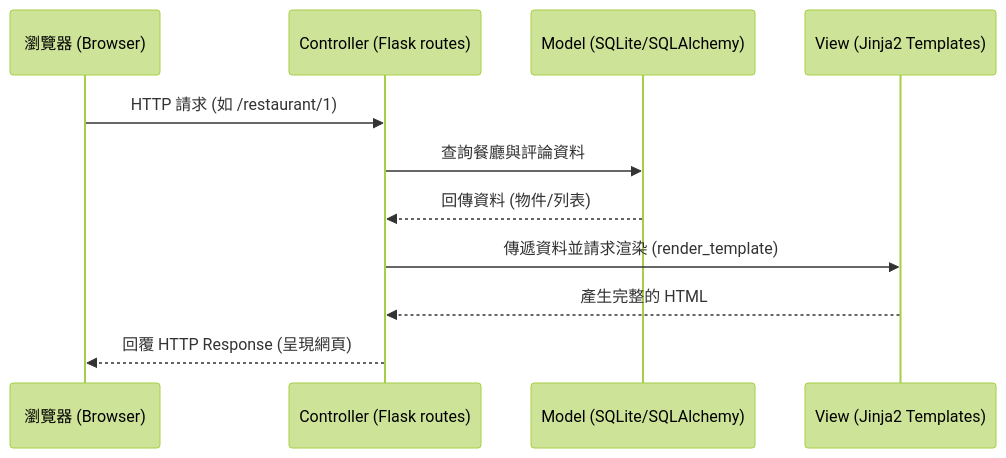
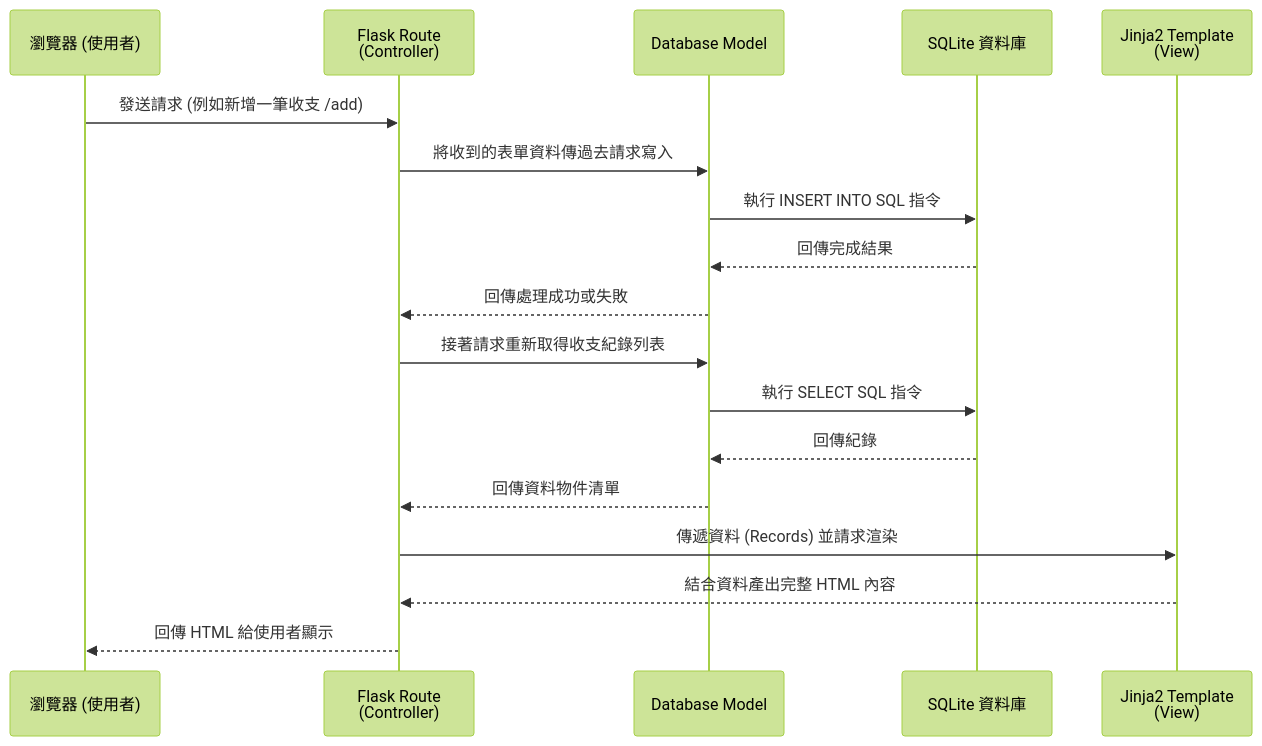
One commit to fcu1483850-gif/web_app_development changed the diagram in docs/ARCHITECTURE.md. Above: the diagram before and after it, drawn with Mermaid (forest theme). The commit also changed other lines of this file, not shown here.

Commit message:
docs: add system architecture

````diff
--- a/docs/ARCHITECTURE.md
+++ b/docs/ARCHITECTURE.md
@@ -59,14 +52,21 @@
 ```mermaid
 sequenceDiagram
-    participant B as 瀏覽器 (Browser)
-    participant C as Controller (Flask routes)
-    participant M as Model (SQLite/SQLAlchemy)
-    participant V as View (Jinja2 Templates)
+    participant Browser as 瀏覽器 (使用者)
+    participant Route as Flask Route<br>(Controller)
+    participant Model as Database Model
+    participant DB as SQLite 資料庫
+    participant Template as Jinja2 Template<br>(View)
 
-    B->>C: HTTP 請求 (如 /restaurant/1)
-    C->>M: 查詢餐廳與評論資料
-    M-->>C: 回傳資料 (物件/列表)
-    C->>V: 傳遞資料並請求渲染 (render_template)
-    V-->>C: 產生完整的 HTML
-    C-->>B: 回覆 HTTP Response (呈現網頁)
+    Browser->>Route: 發送請求 (例如新增一筆收支 /add)
+    Route->>Model: 將收到的表單資料傳過去請求寫入
+    Model->>DB: 執行 INSERT INTO SQL 指令
+    DB-->>Model: 回傳完成結果
+    Model-->>Route: 回傳處理成功或失敗
+    Route->>Model: 接著請求重新取得收支紀錄列表
+    Model->>DB: 執行 SELECT SQL 指令
+    DB-->>Model: 回傳紀錄
+    Model-->>Route: 回傳資料物件清單
+    Route->>Template: 傳遞資料 (Records) 並請求渲染
+    Template-->>Route: 結合資料產出完整 HTML 內容
+    Route-->>Browser: 回傳 HTML 給使用者顯示
 ```
````
